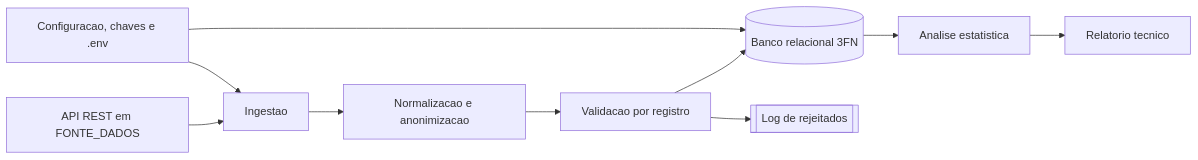
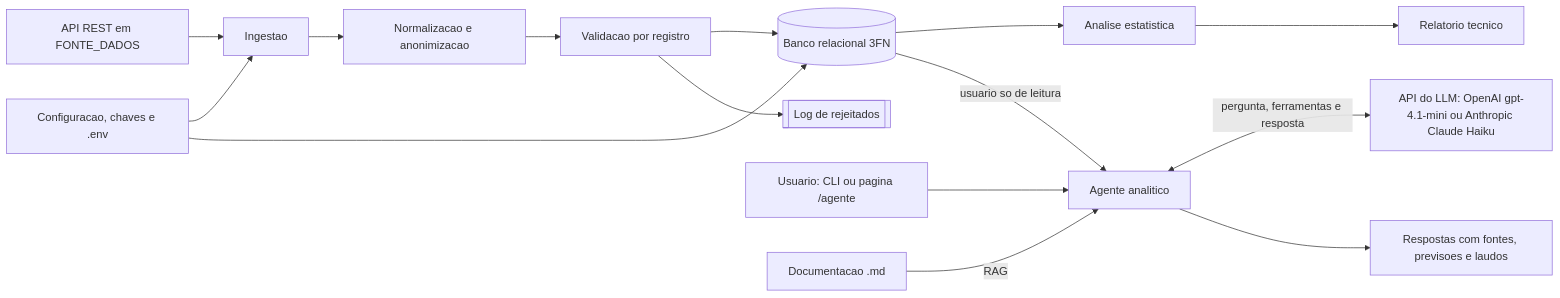
Before and after one commit to campagsi/data-science-ia: the diagram in docs/diagramas/diagrama-contexto.md, drawn with Mermaid. The commit also changed other lines of this file and 153 other files, not shown here.

First line of the commit message:
[Feature Agente] Agente analítico com LLM, RAG, previsão, laudos e página /agente

````diff
--- a/docs/diagramas/diagrama-contexto.md
+++ b/docs/diagramas/diagrama-contexto.md
@@ -1,12 +1,17 @@
 ```mermaid
 flowchart LR
 	Fonte[API REST em FONTE_DADOS] --> Ingestao[Ingestao]
 	Config[Configuracao, chaves e .env] --> Ingestao
 	Ingestao --> Normalizacao[Normalizacao e anonimizacao]
 	Normalizacao --> Validacao[Validacao por registro]
 	Validacao --> Banco[(Banco relacional 3FN)]
 	Validacao --> Logs[[Log de rejeitados]]
 	Banco --> Analise[Analise estatistica]
 	Analise --> Relatorio[Relatorio tecnico]
 	Config --> Banco
+	Usuario[Usuario: CLI ou pagina /agente] --> Agente[Agente analitico]
+	Banco -->|usuario so de leitura| Agente
+	Docs[Documentacao .md] -->|RAG| Agente
+	Agente <-->|pergunta, ferramentas e resposta| LLM[API do LLM: OpenAI gpt-4.1-mini ou Anthropic Claude Haiku]
+	Agente --> Saidas[Respostas com fontes, previsoes e laudos]
 ```
````
